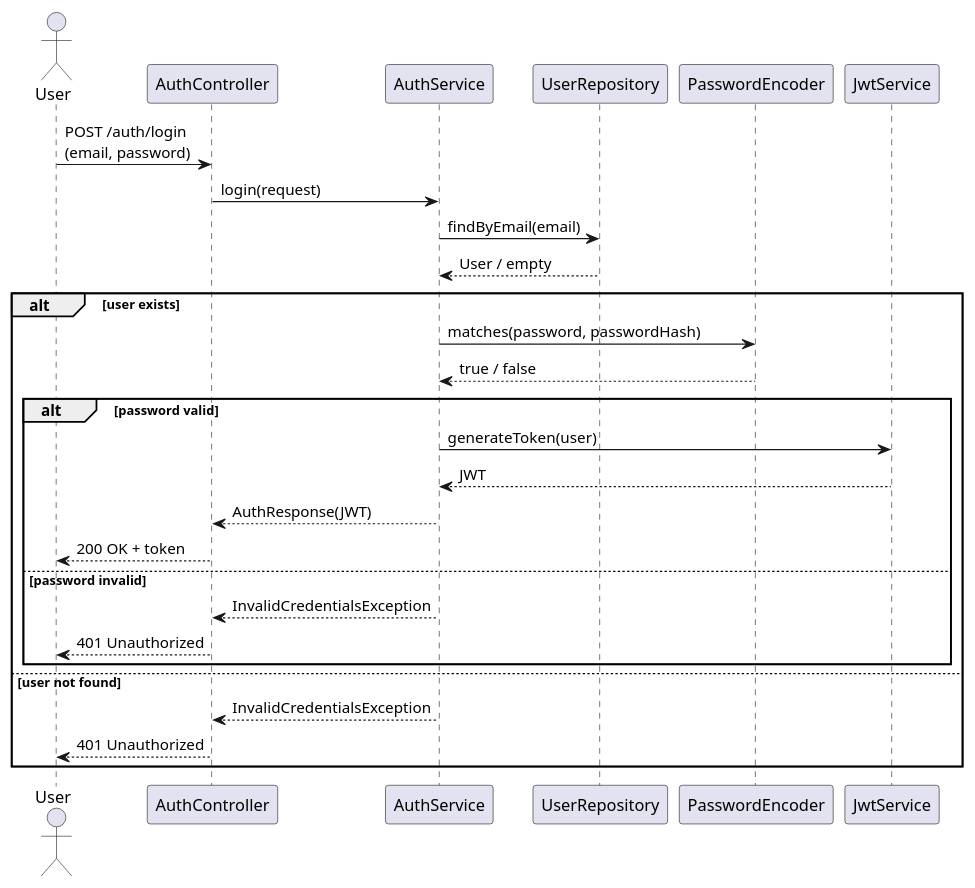
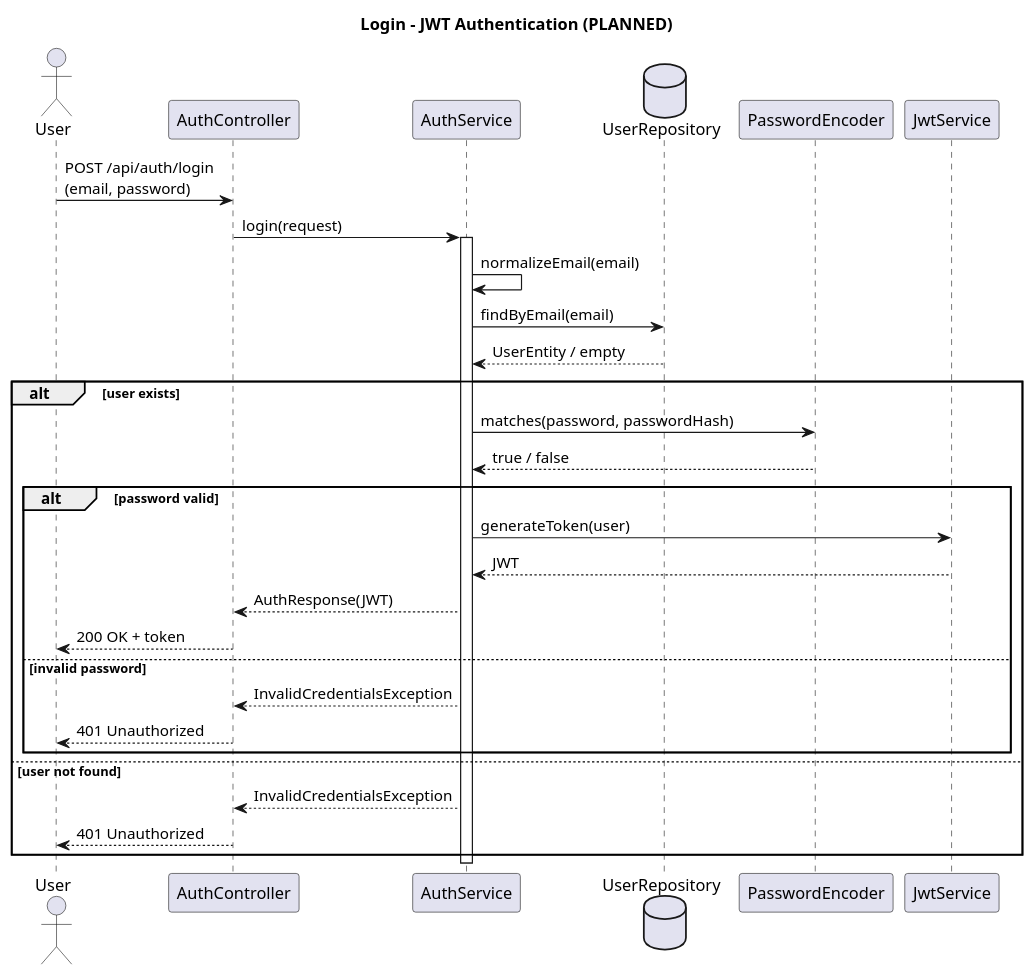
Before and after one commit to Dare2510/Digital-Banking-API: the diagram in docs/sequence/login.puml, drawn with PlantUML. The commit also changed other lines of this file and 17 other files, not shown here.

```diff
--- a/docs/sequence/login.puml
+++ b/docs/sequence/login.puml
@@ -1,38 +2,52 @@
 @startuml
+
+title Login - JWT Authentication (PLANNED)
 
 actor User
 
 participant AuthController
 participant AuthService
-participant UserRepository
+database UserRepository
 participant PasswordEncoder
 participant JwtService
 
-User -> AuthController : POST /auth/login\n(email, password)
+User -> AuthController : POST /api/auth/login\n(email, password)
 AuthController -> AuthService : login(request)
 
+activate AuthService
+
+AuthService -> AuthService : normalizeEmail(email)
+
 AuthService -> UserRepository : findByEmail(email)
-UserRepository --> AuthService : User / empty
+UserRepository --> AuthService : UserEntity / empty
 
 alt user exists
+
     AuthService -> PasswordEncoder : matches(password, passwordHash)
     PasswordEncoder --> AuthService : true / false
 
     alt password valid
+
         AuthService -> JwtService : generateToken(user)
         JwtService --> AuthService : JWT
 
         AuthService --> AuthController : AuthResponse(JWT)
         AuthController --> User : 200 OK + token
 
-    else password invalid
+    else invalid password
+
         AuthService --> AuthController : InvalidCredentialsException
         AuthController --> User : 401 Unauthorized
+
     end
 
 else user not found
+
     AuthService --> AuthController : InvalidCredentialsException
     AuthController --> User : 401 Unauthorized
+
 end
 
+deactivate AuthService
+
 @enduml
```
